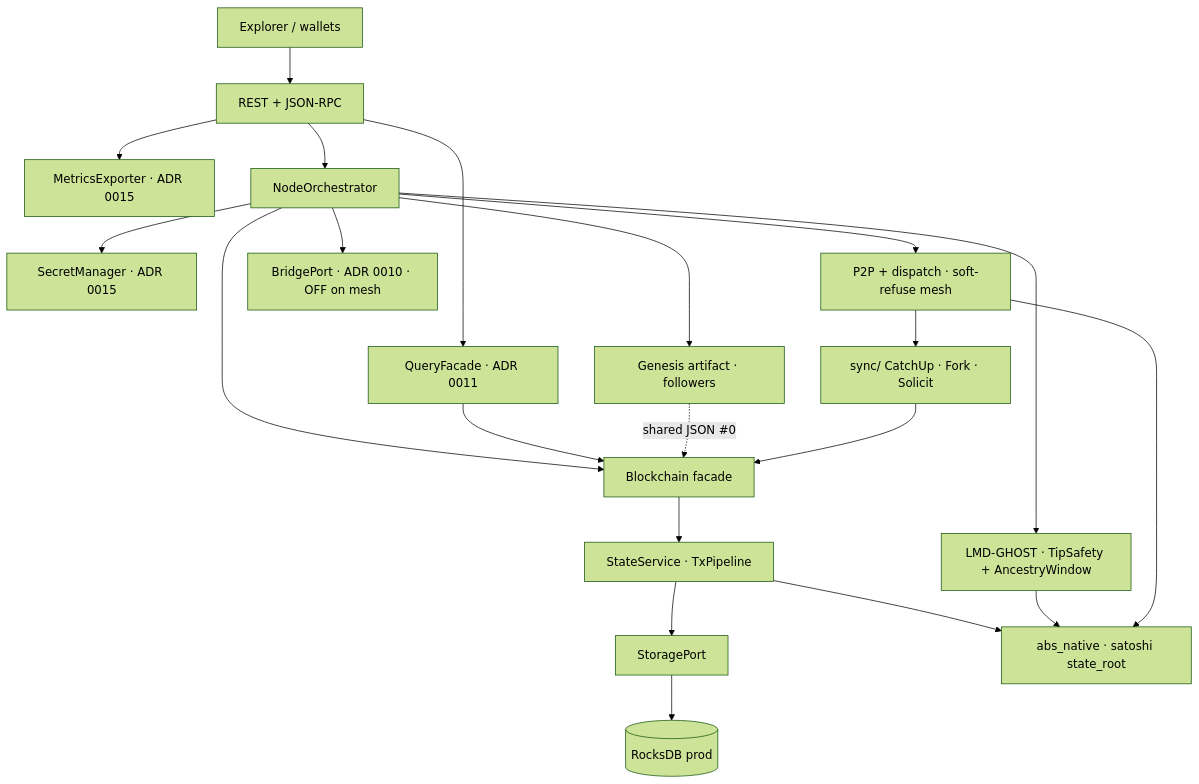
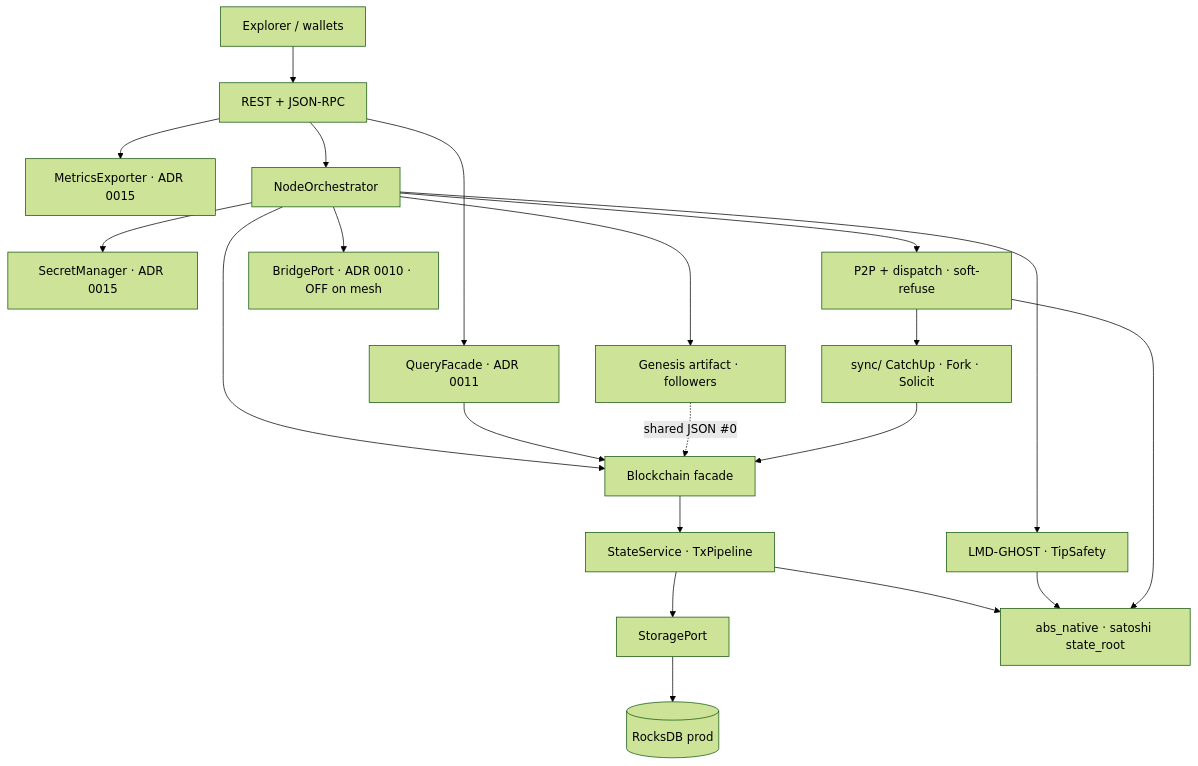
The diagram in README.md (Gruver87/Absolute_Blockchain_Ultimate_Hybrid), drawn with Mermaid (forest theme) before and after one commit. The commit also changed other lines of this file and 6 other files, not shown here.

````diff
--- a/README.md
+++ b/README.md
@@ -117,23 +69,23 @@
 ```mermaid
 flowchart TB
   EX["Explorer / wallets"] --> API["REST + JSON-RPC"]
   API --> QF["QueryFacade · ADR 0011"]
   API --> MET["MetricsExporter · ADR 0015"]
   API --> ORCH["NodeOrchestrator"]
   ORCH --> SM["SecretManager · ADR 0015"]
-  ORCH --> P2P["P2P + dispatch · soft-refuse mesh"]
-  ORCH --> CONS["LMD-GHOST · TipSafety + AncestryWindow"]
+  ORCH --> P2P["P2P + dispatch · soft-refuse"]
+  ORCH --> CONS["LMD-GHOST · TipSafety"]
   ORCH --> BC["Blockchain facade"]
   ORCH --> BR["BridgePort · ADR 0010 · OFF on mesh"]
   ORCH --> GEN["Genesis artifact · followers"]
   QF --> BC
   P2P --> SYNC["sync/ CatchUp · Fork · Solicit"]
   GEN -.->|shared JSON #0| BC
   SYNC --> BC
   BC --> SS["StateService · TxPipeline"]
   SS --> SP["StoragePort"]
   SP --> ROCKS[("RocksDB prod")]
   SS --> RUST["abs_native · satoshi state_root"]
   CONS --> RUST
   P2P --> RUST
 ```
````
